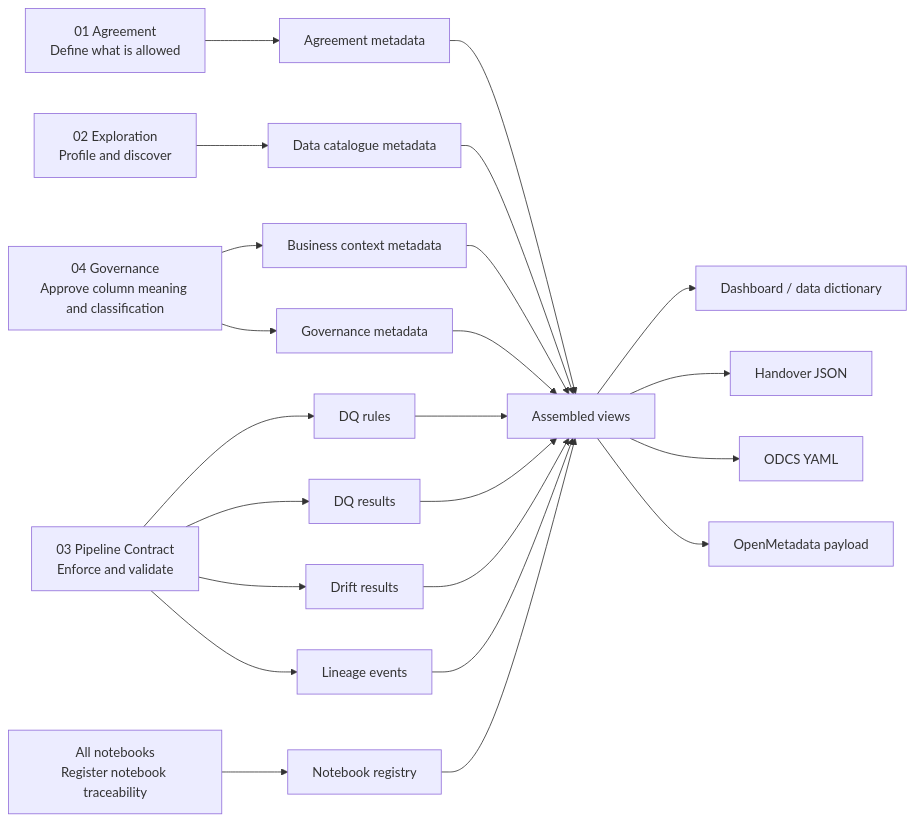
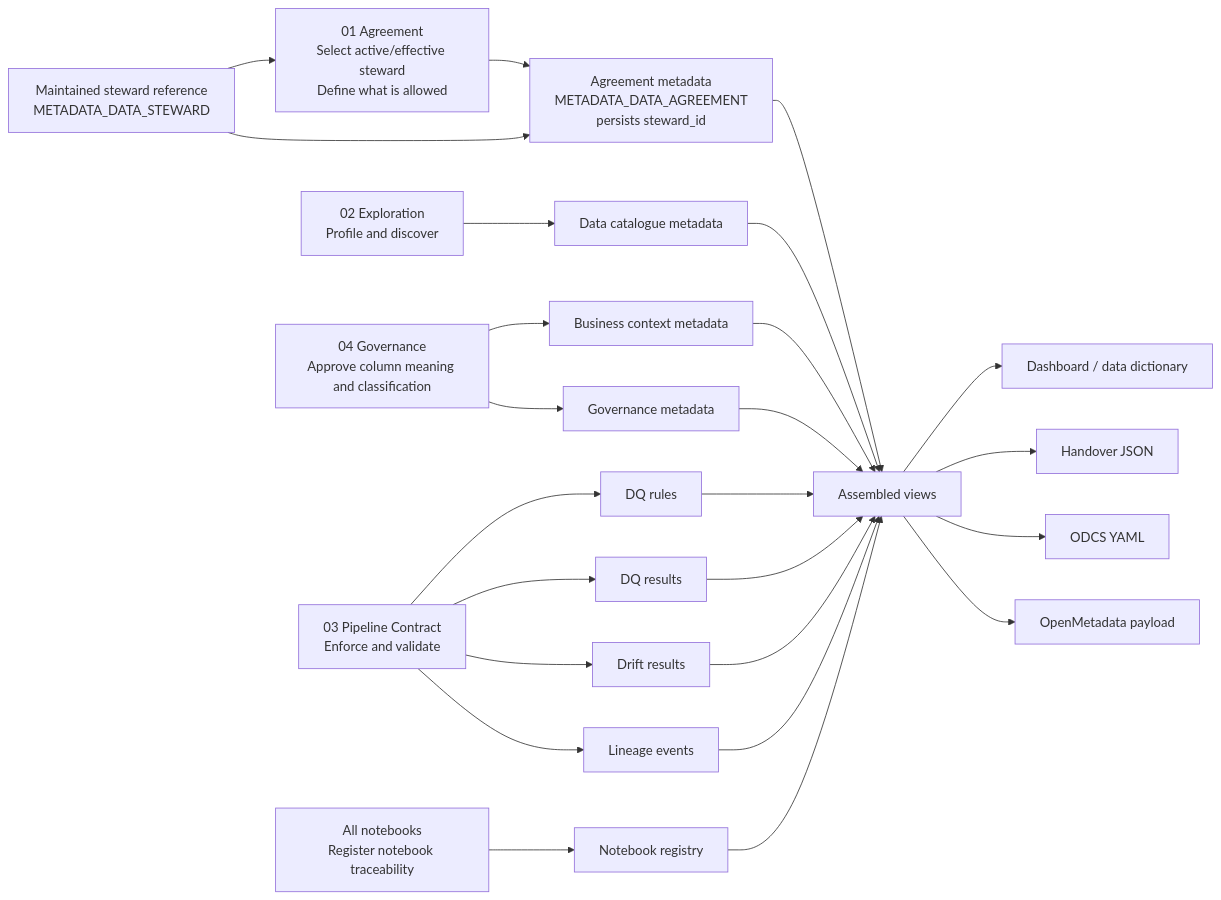
Before and after one commit to Voycepeh/FabricOps-Starter-Kit: the diagram in docs/metadata-and-contracts/metadata-architecture.md, drawn with Mermaid. The commit also changed other lines of this file and 1 other file, not shown here.

Commit message:
docs: document steward reference metadata architecture

````diff
--- a/docs/metadata-and-contracts/metadata-architecture.md
+++ b/docs/metadata-and-contracts/metadata-architecture.md
@@ -63,31 +71,33 @@
 ```mermaid
 flowchart LR
-    A["01 Agreement<br/>Define what is allowed"] --> T1["Agreement metadata"]
+    R1["Maintained steward reference<br/>METADATA_DATA_STEWARD"] --> A["01 Agreement<br/>Select active/effective steward<br/>Define what is allowed"]
+    A --> T1["Agreement metadata<br/>METADATA_DATA_AGREEMENT<br/>persists steward_id"]
+    R1 --> T1
 
     B["02 Exploration<br/>Profile and discover"] --> T2["Data catalogue metadata"]
 
     C["04 Governance<br/>Approve column meaning and classification"] --> T3["Business context metadata"]
     C --> T4["Governance metadata"]
 
     D["03 Pipeline Contract<br/>Enforce and validate"] --> T5["DQ rules"]
     D --> T6["DQ results"]
     D --> T7["Drift results"]
     D --> T8["Lineage events"]
 
     E["All notebooks<br/>Register notebook traceability"] --> T9["Notebook registry"]
 
     T1 --> V["Assembled views"]
     T2 --> V
     T3 --> V
     T4 --> V
     T5 --> V
     T6 --> V
     T7 --> V
     T8 --> V
     T9 --> V
 
     V --> O1["Dashboard / data dictionary"]
     V --> O2["Handover JSON"]
     V --> O3["ODCS YAML"]
     V --> O4["OpenMetadata payload"]
 ```
````
